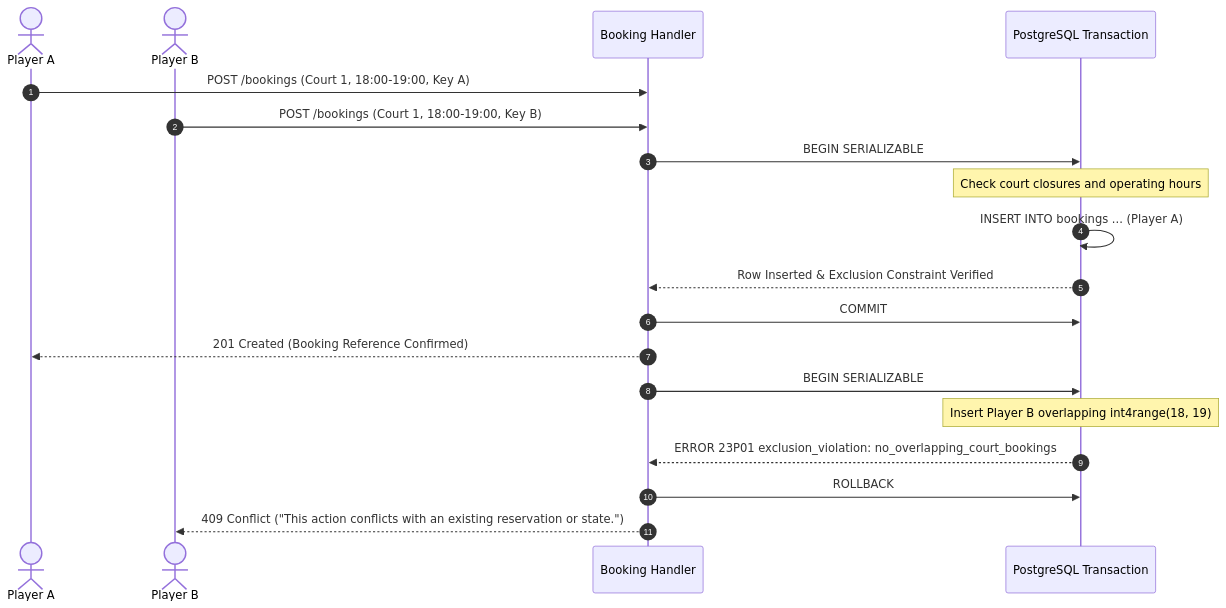
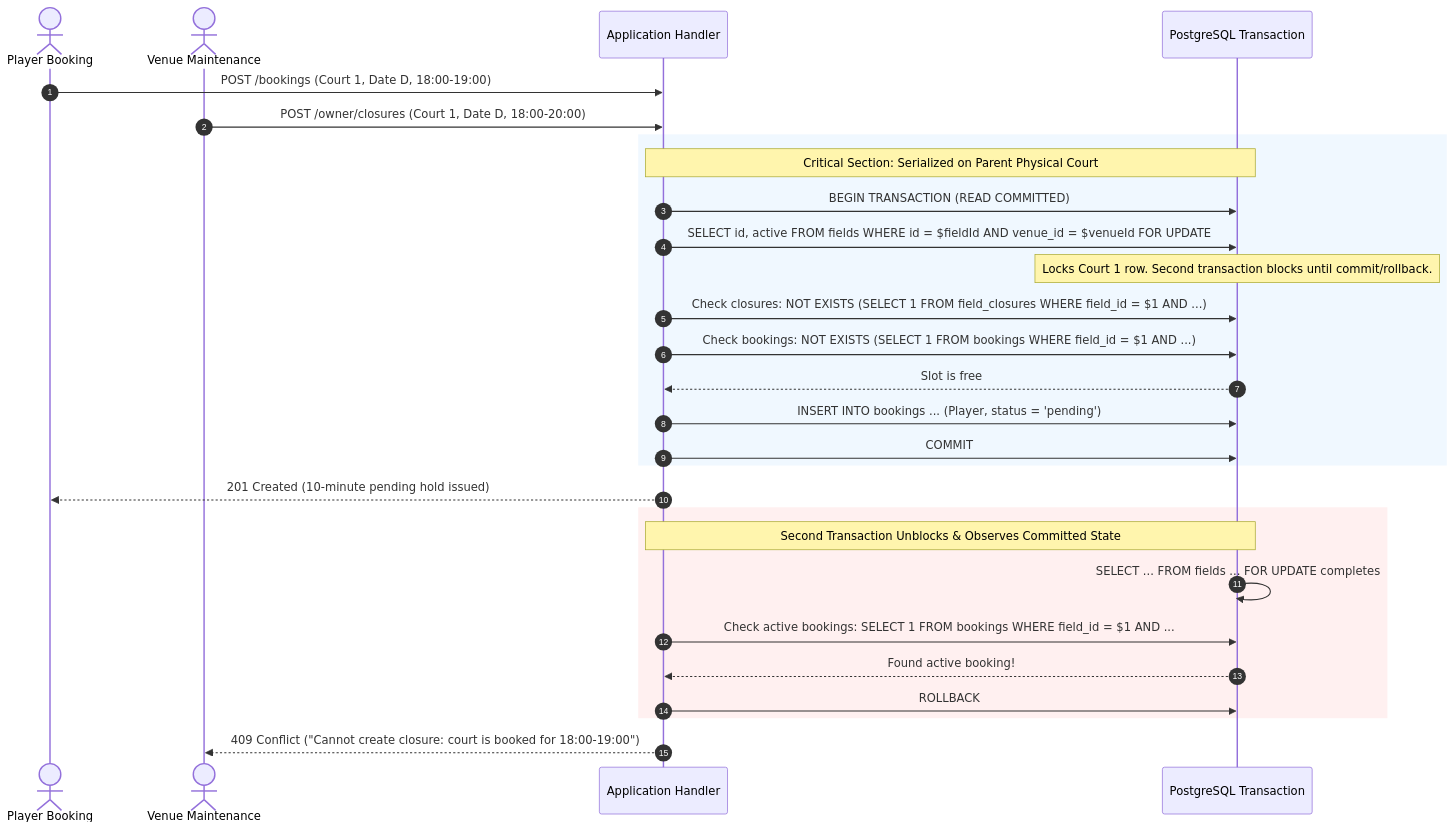
Before and after one commit to zemuumez/smartify-stadiums-frontend: the second of 5 diagrams in BACKEND_ARCHITECTURE.md, drawn with Mermaid. The commit also changed other lines of this file, not shown here.

Commit message:
docs: specify unified court concurrency protocol closing booking and maintenance closure race

````diff
--- a/BACKEND_ARCHITECTURE.md
+++ b/BACKEND_ARCHITECTURE.md
@@ -782,24 +786,33 @@
 ```mermaid
 sequenceDiagram
     autonumber
-    actor PlayerA as Player A
-    actor PlayerB as Player B
-    participant API as Booking Handler
+    actor Player as Player Booking
+    actor Owner as Venue Maintenance
+    participant API as Application Handler
     participant DB as PostgreSQL Transaction
     
-    PlayerA->>API: POST /bookings (Court 1, 18:00-19:00, Key A)
-    PlayerB->>API: POST /bookings (Court 1, 18:00-19:00, Key B)
+    Player->>API: POST /bookings (Court 1, Date D, 18:00-19:00)
+    Owner->>API: POST /owner/closures (Court 1, Date D, 18:00-20:00)
     
-    API->>DB: BEGIN SERIALIZABLE
-    Note over DB: Check court closures and operating hours
-    DB->>DB: INSERT INTO bookings ... (Player A)
-    DB-->>API: Row Inserted & Exclusion Constraint Verified
+    rect rgb(240, 248, 255)
+    Note over API,DB: Critical Section: Serialized on Parent Physical Court
+    API->>DB: BEGIN TRANSACTION (READ COMMITTED)
+    API->>DB: SELECT id, active FROM fields WHERE id = $fieldId AND venue_id = $venueId FOR UPDATE
+    Note over DB: Locks Court 1 row. Second transaction blocks until commit/rollback.
+    API->>DB: Check closures: NOT EXISTS (SELECT 1 FROM field_closures WHERE field_id = $1 AND ...)
+    API->>DB: Check bookings: NOT EXISTS (SELECT 1 FROM bookings WHERE field_id = $1 AND ...)
+    DB-->>API: Slot is free
+    API->>DB: INSERT INTO bookings ... (Player, status = 'pending')
     API->>DB: COMMIT
-    API-->>PlayerA: 201 Created (Booking Reference Confirmed)
+    end
+    API-->>Player: 201 Created (10-minute pending hold issued)
     
-    API->>DB: BEGIN SERIALIZABLE
-    Note over DB: Insert Player B overlapping int4range(18, 19)
-    DB-->>API: ERROR 23P01 exclusion_violation: no_overlapping_court_bookings
+    rect rgb(255, 240, 240)
+    Note over API,DB: Second Transaction Unblocks & Observes Committed State
+    DB->>DB: SELECT ... FROM fields ... FOR UPDATE completes
+    API->>DB: Check active bookings: SELECT 1 FROM bookings WHERE field_id = $1 AND ...
+    DB-->>API: Found active booking!
     API->>DB: ROLLBACK
-    API-->>PlayerB: 409 Conflict ("This action conflicts with an existing reservation or state.")
+    end
+    API-->>Owner: 409 Conflict ("Cannot create closure: court is booked for 18:00-19:00")
 ```
````
